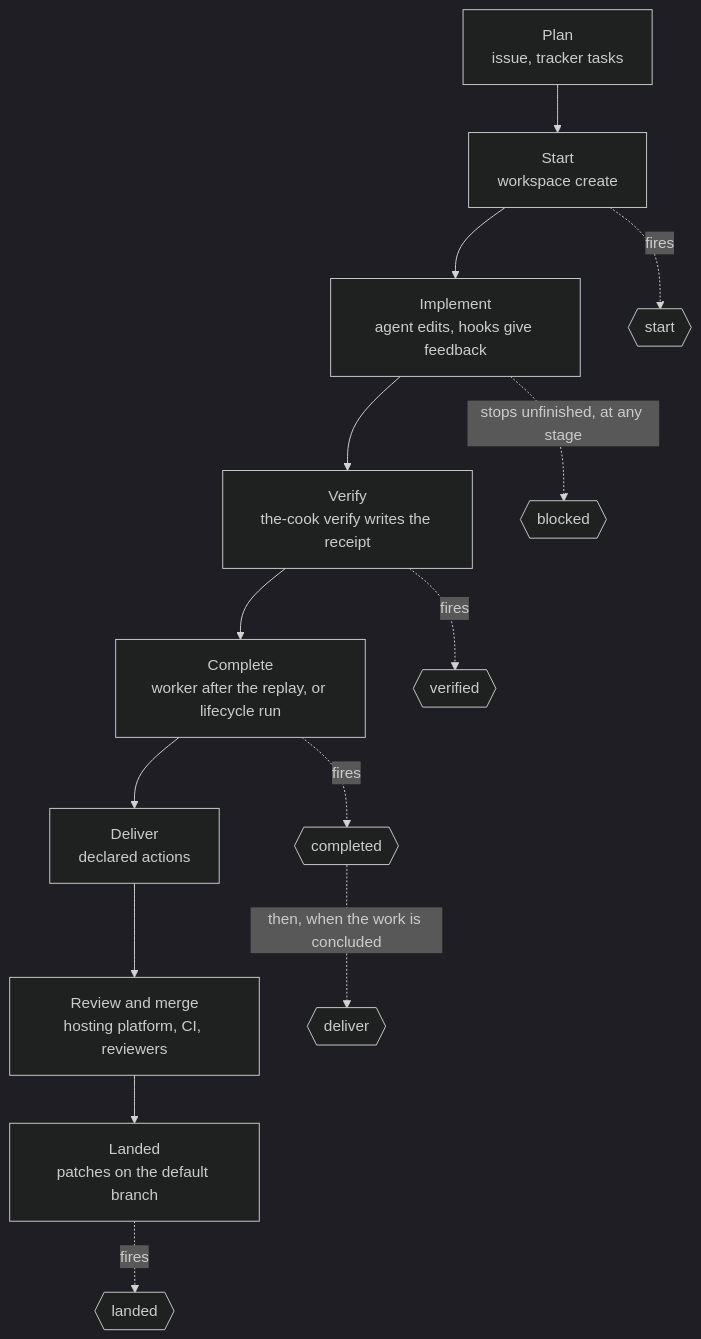
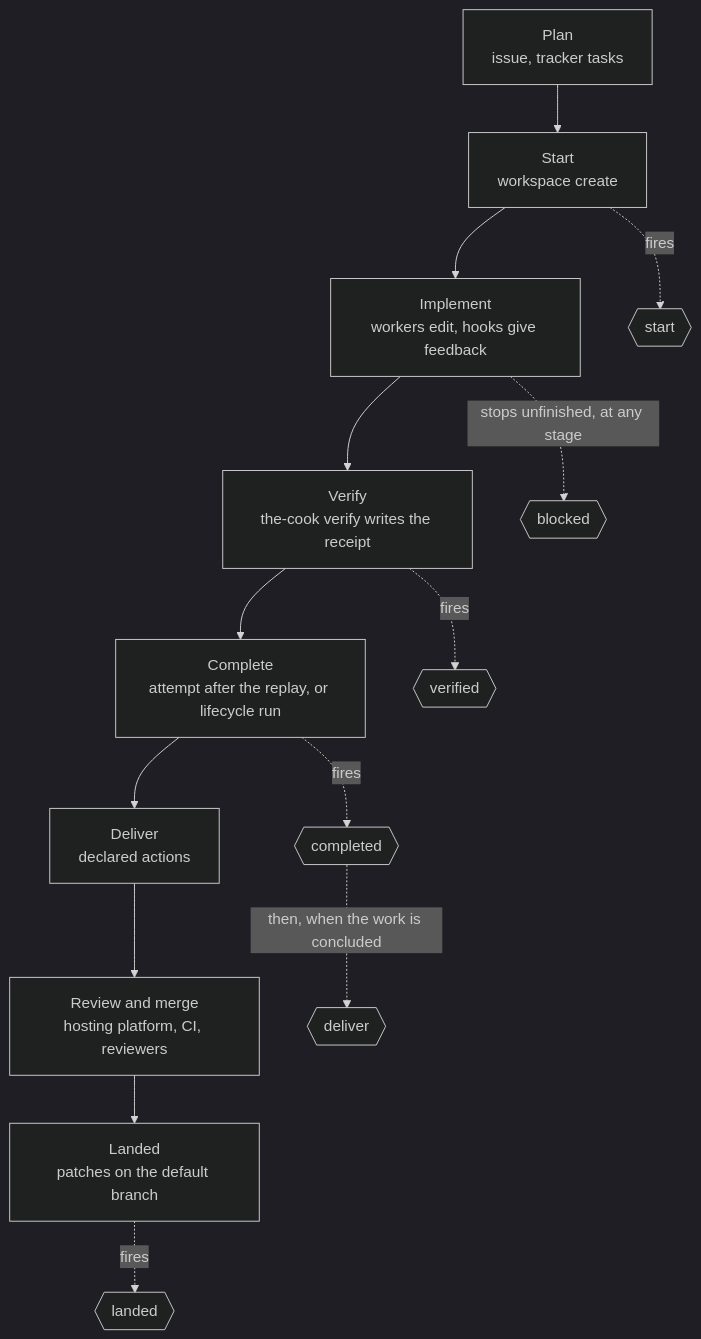
One commit to lmarqs/harness changed the first of 2 diagrams in docs/features/lifecycle.md. Above: the diagram before and after it, drawn with Mermaid (dark theme). The commit also changed other lines of this file and 67 other files, not shown here.

First line of the commit message:
docs: the lifecycle is the core; workers, attempts and ingredients

````diff
--- a/docs/features/lifecycle.md
+++ b/docs/features/lifecycle.md
@@ -72,16 +101,16 @@
 ```mermaid
 flowchart TB
   s1["Plan<br/>issue, tracker tasks"] --> s2["Start<br/>workspace create"]
-  s2 --> s3["Implement<br/>agent edits, hooks give feedback"]
+  s2 --> s3["Implement<br/>workers edit, hooks give feedback"]
   s3 --> s4["Verify<br/>the-cook verify writes the receipt"]
-  s4 --> s5["Complete<br/>worker after the replay, or lifecycle run"]
+  s4 --> s5["Complete<br/>attempt after the replay, or lifecycle run"]
   s5 --> s6["Deliver<br/>declared actions"]
   s6 --> s7["Review and merge<br/>hosting platform, CI, reviewers"]
   s7 --> s8["Landed<br/>patches on the default branch"]
   s2 -.->|fires| e1{{start}}
   s4 -.->|fires| e2{{verified}}
   s5 -.->|fires| e3{{completed}}
   e3 -.->|then, when the work is concluded| e4{{deliver}}
   s8 -.->|fires| e5{{landed}}
   s3 -.->|stops unfinished, at any stage| e6{{blocked}}
 ```
````
